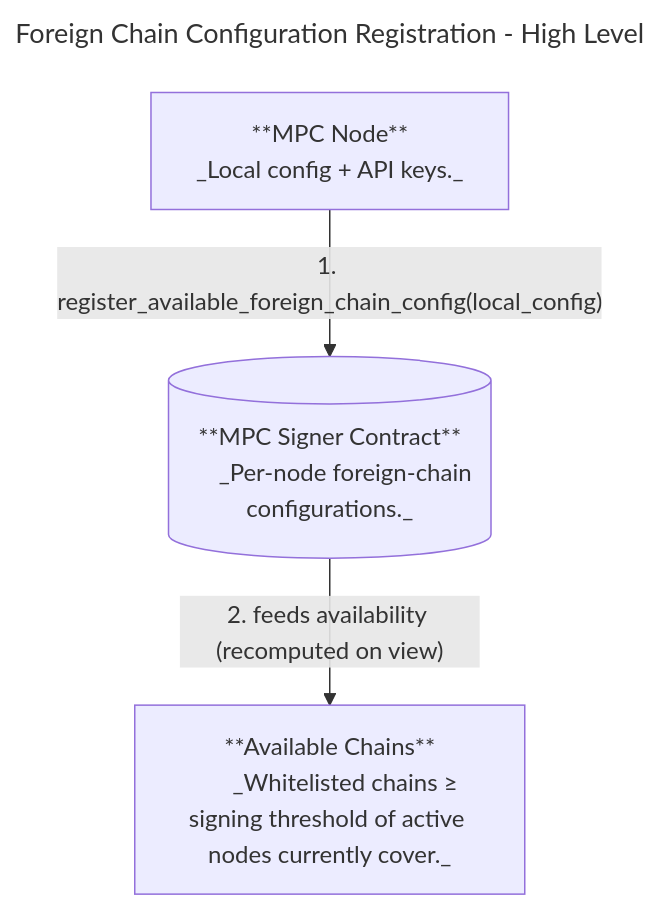
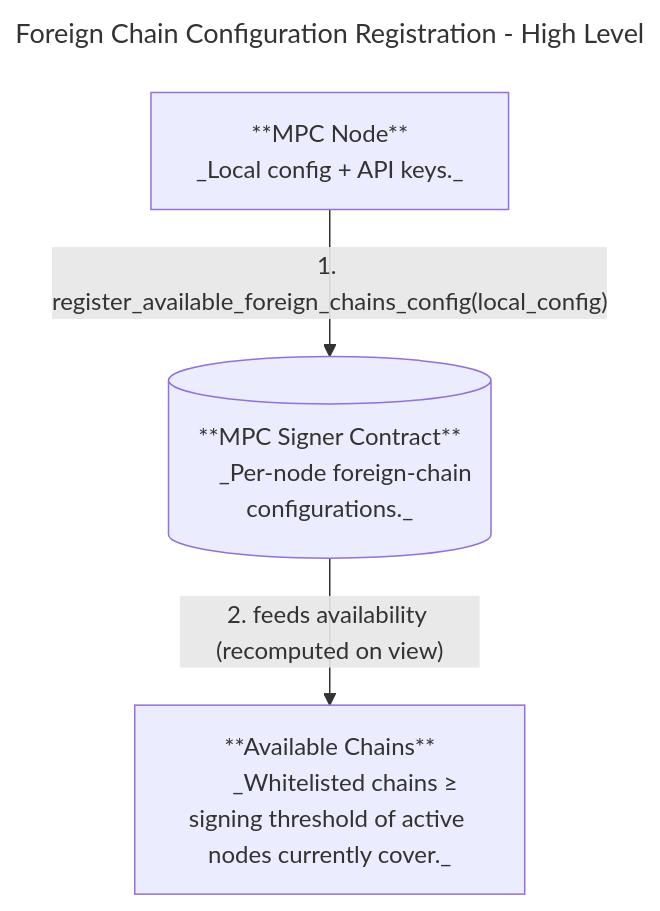
The second of 2 diagrams in docs/foreign-chain-transactions.md (near/mpc), drawn with Mermaid before and after one commit. The commit also changed other lines of this file and 13 other files, not shown here.

````diff
--- a/docs/foreign-chain-transactions.md
+++ b/docs/foreign-chain-transactions.md
@@ -565,21 +565,21 @@
 ```mermaid
 ---
 title: Foreign Chain Configuration Registration - High Level
 ---
 flowchart TD
     NODE["**MPC Node**
       _Local config + API keys._"]
 
     SC["**MPC Signer Contract**
       _Per-node foreign-chain configurations._"]
 
     AVAILABLE["**Available Chains**
       _Whitelisted chains ≥ signing threshold of active nodes currently cover._"]
 
-    NODE -->|"1. register_available_foreign_chain_config(local_config)"| SC
+    NODE -->|"1. register_available_foreign_chains_config(local_config)"| SC
     SC -->|"2. feeds availability (recomputed on view)"| AVAILABLE
 
     NODE@{ shape: proc}
     SC@{ shape: db}
     AVAILABLE@{ shape: proc}
 ```
````
